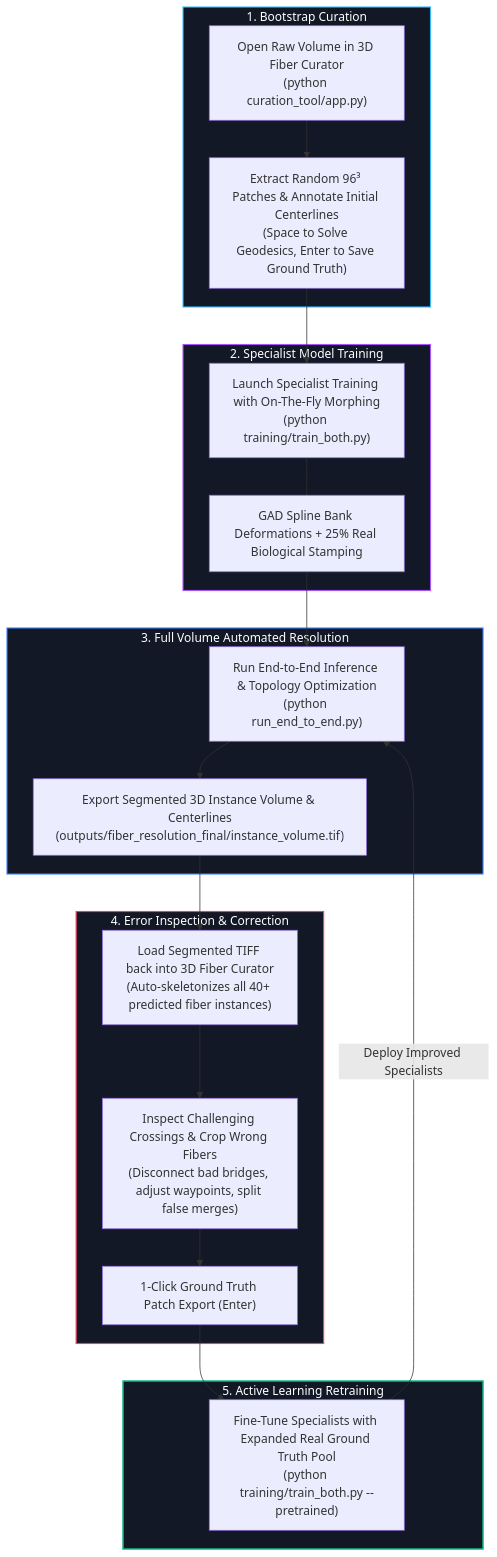
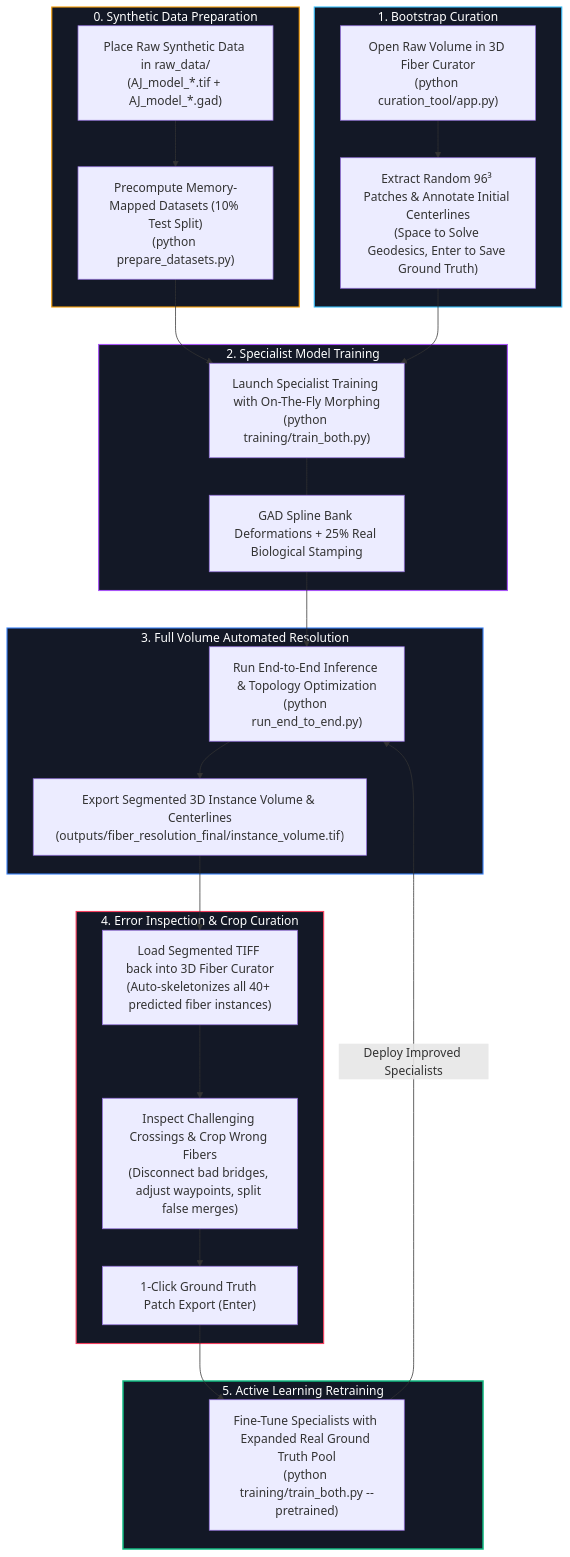
Before and after one commit to Kataevskii/fiber_segmentation_pipeline: the first of 5 diagrams in README.md, drawn with Mermaid. The commit also changed other lines of this file and 9 other files, not shown here.

````diff
--- a/README.md
+++ b/README.md
@@ -34,43 +37,51 @@
 ```mermaid
 flowchart TD
+    subgraph S0 ["0. Synthetic Data Preparation"]
+        P0["Place Raw Synthetic Data in raw_data/<br/>(AJ_model_*.tif + AJ_model_*.gad)"]
+        P0_PREP["Precompute Memory-Mapped Datasets (10% Test Split)<br/>(python prepare_datasets.py)"]
+        P0 --> P0_PREP
+    end
+
     subgraph S1 ["1. Bootstrap Curation"]
         A1["Open Raw Volume in 3D Fiber Curator<br/>(python curation_tool/app.py)"]
         A2["Extract Random 96³ Patches & Annotate Initial Centerlines<br/>(Space to Solve Geodesics, Enter to Save Ground Truth)"]
         A1 --> A2
     end
 
     subgraph S2 ["2. Specialist Model Training"]
         B1["Launch Specialist Training with On-The-Fly Morphing<br/>(python training/train_both.py)"]
         B2["GAD Spline Bank Deformations + 25% Real Biological Stamping"]
         B1 --- B2
     end
 
     subgraph S3 ["3. Full Volume Automated Resolution"]
         C1["Run End-to-End Inference & Topology Optimization<br/>(python run_end_to_end.py)"]
         C2["Export Segmented 3D Instance Volume & Centerlines<br/>(outputs/fiber_resolution_final/instance_volume.tif)"]
         C1 --> C2
     end
 
-    subgraph S4 ["4. Error Inspection & Correction"]
+    subgraph S4 ["4. Error Inspection & Crop Curation"]
         D1["Load Segmented TIFF back into 3D Fiber Curator<br/>(Auto-skeletonizes all 40+ predicted fiber instances)"]
         D2["Inspect Challenging Crossings & Crop Wrong Fibers<br/>(Disconnect bad bridges, adjust waypoints, split false merges)"]
         D3["1-Click Ground Truth Patch Export (Enter)"]
         D1 --> D2 --> D3
     end
 
     subgraph S5 ["5. Active Learning Retraining"]
         E1["Fine-Tune Specialists with Expanded Real Ground Truth Pool<br/>(python training/train_both.py --pretrained)"]
     end
 
+    P0_PREP --> B1
     A2 --> B1
     B2 --> C1
     C2 --> D1
     D3 --> E1
     E1 -->|Deploy Improved Specialists| C1
 
+    style S0 fill:#131826,stroke:#f59e0b,stroke-width:1.5px,color:#fff
     style S1 fill:#131826,stroke:#38bdf8,stroke-width:1.5px,color:#fff
     style S2 fill:#131826,stroke:#a855f7,stroke-width:1.5px,color:#fff
     style S3 fill:#131826,stroke:#3b82f6,stroke-width:1.5px,color:#fff
     style S4 fill:#131826,stroke:#f43f5e,stroke-width:1.5px,color:#fff
     style S5 fill:#131826,stroke:#10b981,stroke-width:2px,color:#fff
 ```
````
